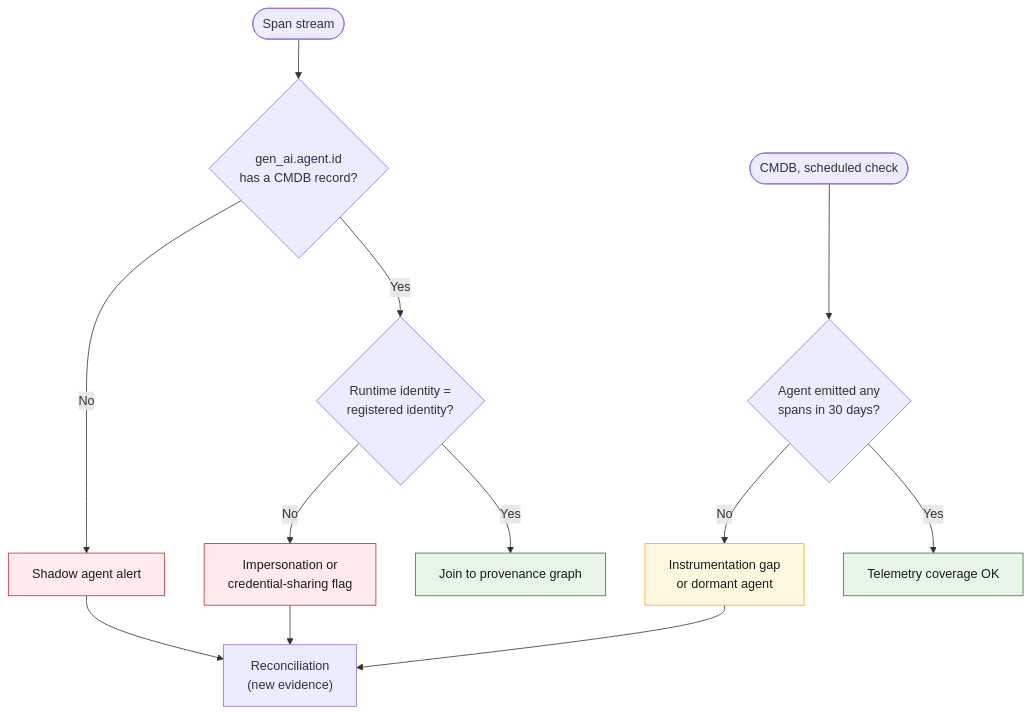
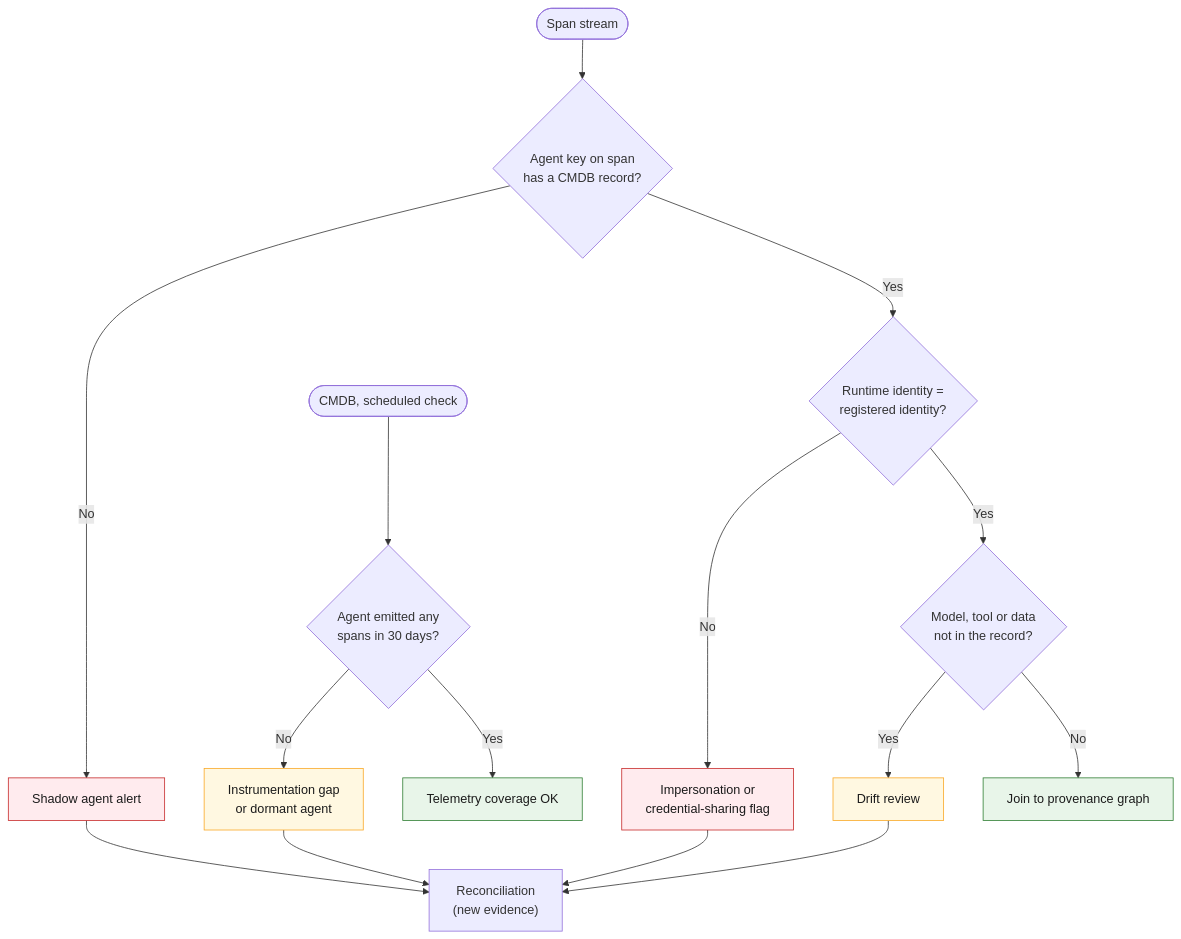
Before and after one commit to r0hitpilla/Agentic-AI: the fourth of 4 diagrams in docs/09-telemetry-provenance.md, drawn with Mermaid. The commit also changed other lines of this file and 31 other files, not shown here.

````diff
--- a/docs/09-telemetry-provenance.md
+++ b/docs/09-telemetry-provenance.md
@@ -110,23 +134,26 @@
 ```mermaid
 flowchart TD
-    S(["Span stream"]) --> Q1{"gen_ai.agent.id<br/>has a CMDB record?"}
+    S(["Span stream"]) --> Q1{"Agent key on span<br/>has a CMDB record?"}
     Q1 -- No --> X1["Shadow agent alert"]
     Q1 -- Yes --> Q3{"Runtime identity =<br/>registered identity?"}
     Q3 -- No --> X3["Impersonation or<br/>credential-sharing flag"]
-    Q3 -- Yes --> OK["Join to provenance graph"]
+    Q3 -- Yes --> Q4{"Model, tool or data<br/>not in the record?"}
+    Q4 -- Yes --> X4["Drift review"]
+    Q4 -- No --> OK["Join to provenance graph"]
 
     CM(["CMDB, scheduled check"]) --> Q2{"Agent emitted any<br/>spans in 30 days?"}
     Q2 -- No --> X2["Instrumentation gap<br/>or dormant agent"]
     Q2 -- Yes --> OK2["Telemetry coverage OK"]
 
     X1 --> REC["Reconciliation<br/>(new evidence)"]
     X2 --> REC
     X3 --> REC
+    X4 --> REC
 
     classDef bad fill:#ffebee,stroke:#c62828,color:#1b1b1b
     classDef warn fill:#fff8e1,stroke:#f9a825,color:#1b1b1b
     classDef good fill:#e8f5e9,stroke:#2e7d32,color:#1b1b1b
     class X1,X3 bad
-    class X2 warn
+    class X2,X4 warn
     class OK,OK2 good
 ```
````
